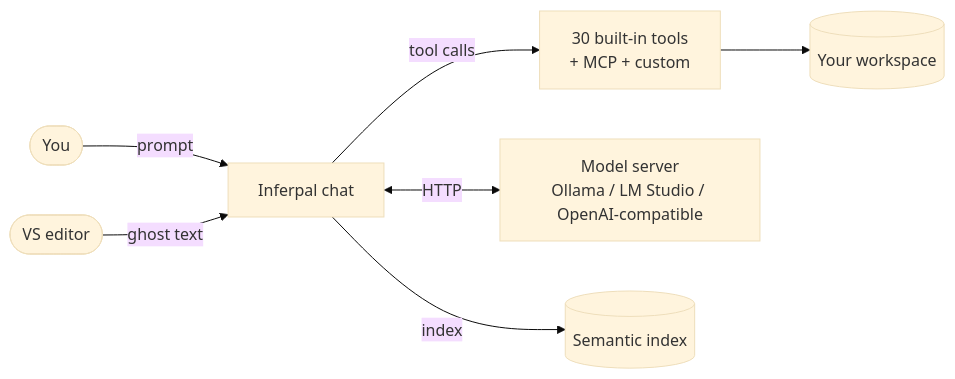
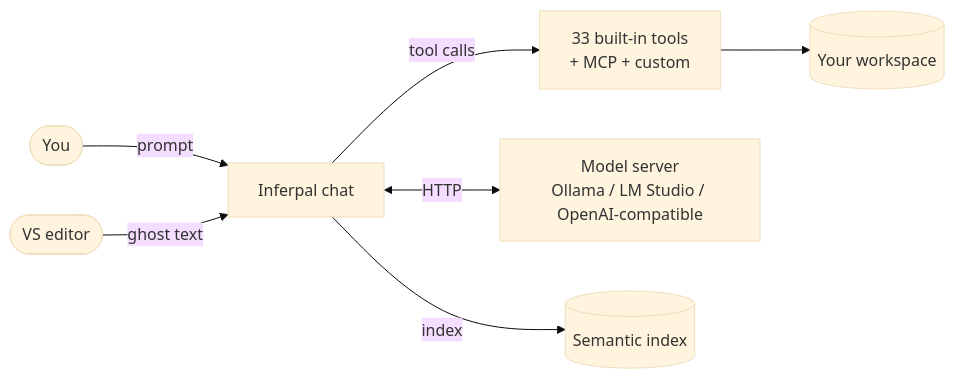
Before and after one commit to EstaxNet/Inferpal: the diagram in docs/README.md, drawn with Mermaid (base theme). The commit also changed other lines of this file and 48 other files, not shown here.

````diff
--- a/docs/README.md
+++ b/docs/README.md
@@ -39,9 +39,9 @@
 ```mermaid
 flowchart LR
     user([You]) -->|prompt| chat[Inferpal chat]
-    chat -->|tool calls| tools[30 built-in tools<br/>+ MCP + custom]
+    chat -->|tool calls| tools[33 built-in tools<br/>+ MCP + custom]
     chat <-->|HTTP| provider[Model server<br/>Ollama / LM Studio / OpenAI-compatible]
     tools --> ws[(Your workspace)]
     editor([VS editor]) -->|ghost text| chat
     chat -->|index| rag[(Semantic index)]
 ```
````
